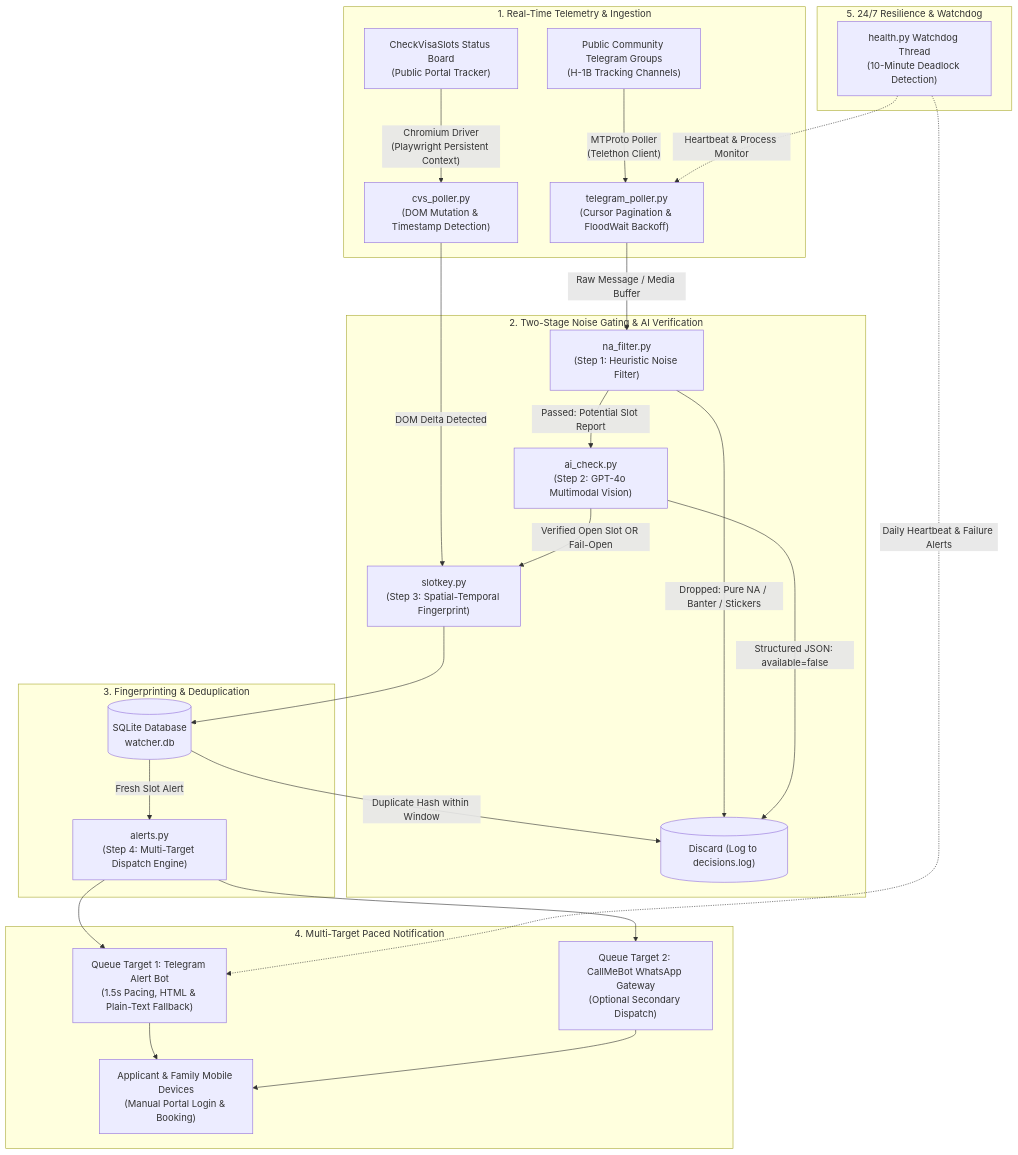
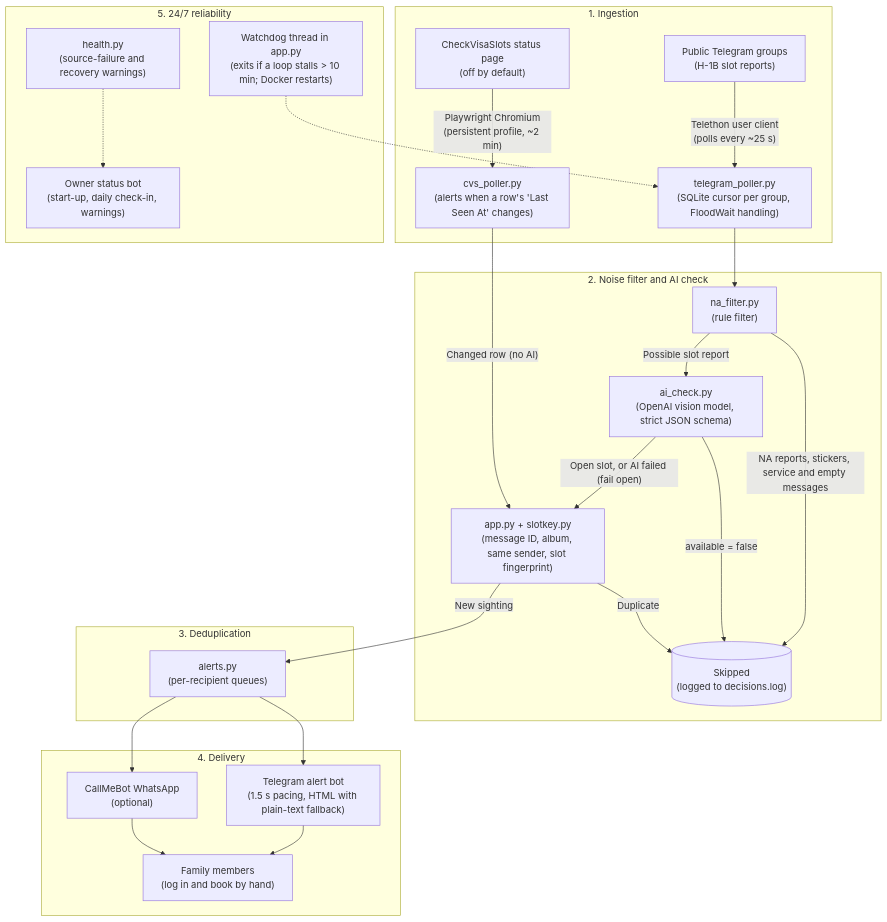
Before and after one commit to SambhavJain26/visa-appointment-alerts: the diagram in README.md, drawn with Mermaid. The commit also changed other lines of this file and 1 other file, not shown here.

````diff
--- a/README.md
+++ b/README.md
@@ -40,34 +49,33 @@
 ```mermaid
 flowchart TD
-    subgraph INTAKE["1. Real-Time Telemetry & Ingestion"]
-        TG["Public Community Telegram Groups<br/>(H-1B Tracking Channels)"] -->|"MTProto Poller<br/>(Telethon Client)"| TP["telegram_poller.py<br/>(Cursor Pagination & FloodWait Backoff)"]
-        CVS["CheckVisaSlots Status Board<br/>(Public Portal Tracker)"] -->|"Chromium Driver<br/>(Playwright Persistent Context)"| CP["cvs_poller.py<br/>(DOM Mutation & Timestamp Detection)"]
+    subgraph INTAKE["1. Ingestion"]
+        TG["Public Telegram groups<br/>(H-1B slot reports)"] -->|"Telethon user client<br/>(polls every ~25 s)"| TP["telegram_poller.py<br/>(SQLite cursor per group, FloodWait handling)"]
+        CVS["CheckVisaSlots status page<br/>(off by default)"] -->|"Playwright Chromium<br/>(persistent profile, ~2 min)"| CP["cvs_poller.py<br/>(alerts when a row's 'Last Seen At' changes)"]
     end
 
-    subgraph PIPELINE["2. Two-Stage Noise Gating & AI Verification"]
-        TP -->|"Raw Message / Media Buffer"| NF["na_filter.py<br/>(Step 1: Heuristic Noise Filter)"]
-        NF -->|"Dropped: Pure NA / Banter / Stickers"| DUMP[("Discard (Log to decisions.log)")]
-        NF -->|"Passed: Potential Slot Report"| AI["ai_check.py<br/>(Step 2: GPT-4o Multimodal Vision)"]
-        CP -->|"DOM Delta Detected"| DEDUP
-        AI -->|"Structured JSON: available=false"| DUMP
-        AI -->|"Verified Open Slot OR Fail-Open"| DEDUP["slotkey.py<br/>(Step 3: Spatial-Temporal Fingerprint)"]
+    subgraph PIPELINE["2. Noise filter and AI check"]
+        TP --> NF["na_filter.py<br/>(rule filter)"]
+        NF -->|"NA reports, stickers, service and empty messages"| DUMP[("Skipped<br/>(logged to decisions.log)")]
+        NF -->|"Possible slot report"| AI["ai_check.py<br/>(OpenAI vision model, strict JSON schema)"]
+        AI -->|"available = false"| DUMP
+        AI -->|"Open slot, or AI failed (fail open)"| DEDUP
+        CP -->|"Changed row (no AI)"| DEDUP
     end
 
-    subgraph DEDUP_STORE["3. Fingerprinting & Deduplication"]
-        DEDUP --> DB[("SQLite Database<br/>watcher.db")]
-        DB -->|"Duplicate Hash within Window"| DUMP
-        DB -->|"Fresh Slot Alert"| QUEUE["alerts.py<br/>(Step 4: Multi-Target Dispatch Engine)"]
+    subgraph DEDUP_STORE["3. Deduplication"]
+        DEDUP["app.py + slotkey.py<br/>(message ID, album, same sender, slot fingerprint)"] -->|"Duplicate"| DUMP
+        DEDUP -->|"New sighting"| QUEUE["alerts.py<br/>(per-recipient queues)"]
     end
 
-    subgraph DISPATCH["4. Multi-Target Paced Notification"]
-        QUEUE --> Q1["Queue Target 1: Telegram Alert Bot<br/>(1.5s Pacing, HTML & Plain-Text Fallback)"]
-        QUEUE --> Q2["Queue Target 2: CallMeBot WhatsApp Gateway<br/>(Optional Secondary Dispatch)"]
-        Q1 --> USERS["Applicant & Family Mobile Devices<br/>(Manual Portal Login & Booking)"]
+    subgraph DISPATCH["4. Delivery"]
+        QUEUE --> Q1["Telegram alert bot<br/>(1.5 s pacing, HTML with plain-text fallback)"]
+        QUEUE --> Q2["CallMeBot WhatsApp<br/>(optional)"]
+        Q1 --> USERS["Family members<br/>(log in and book by hand)"]
         Q2 --> USERS
     end
 
-    subgraph SUPERVISOR["5. 24/7 Resilience & Watchdog"]
-        WD["health.py Watchdog Thread<br/>(10-Minute Deadlock Detection)"] -.->|"Heartbeat & Process Monitor"| TP
-        WD -.->|"Daily Heartbeat & Failure Alerts"| Q1
+    subgraph SUPERVISOR["5. 24/7 reliability"]
+        WD["Watchdog thread in app.py<br/>(exits if a loop stalls > 10 min; Docker restarts)"] -.-> TP
+        HL["health.py<br/>(source-failure and recovery warnings)"] -.-> OWNER["Owner status bot<br/>(start-up, daily check-in, warnings)"]
     end
 ```
````
